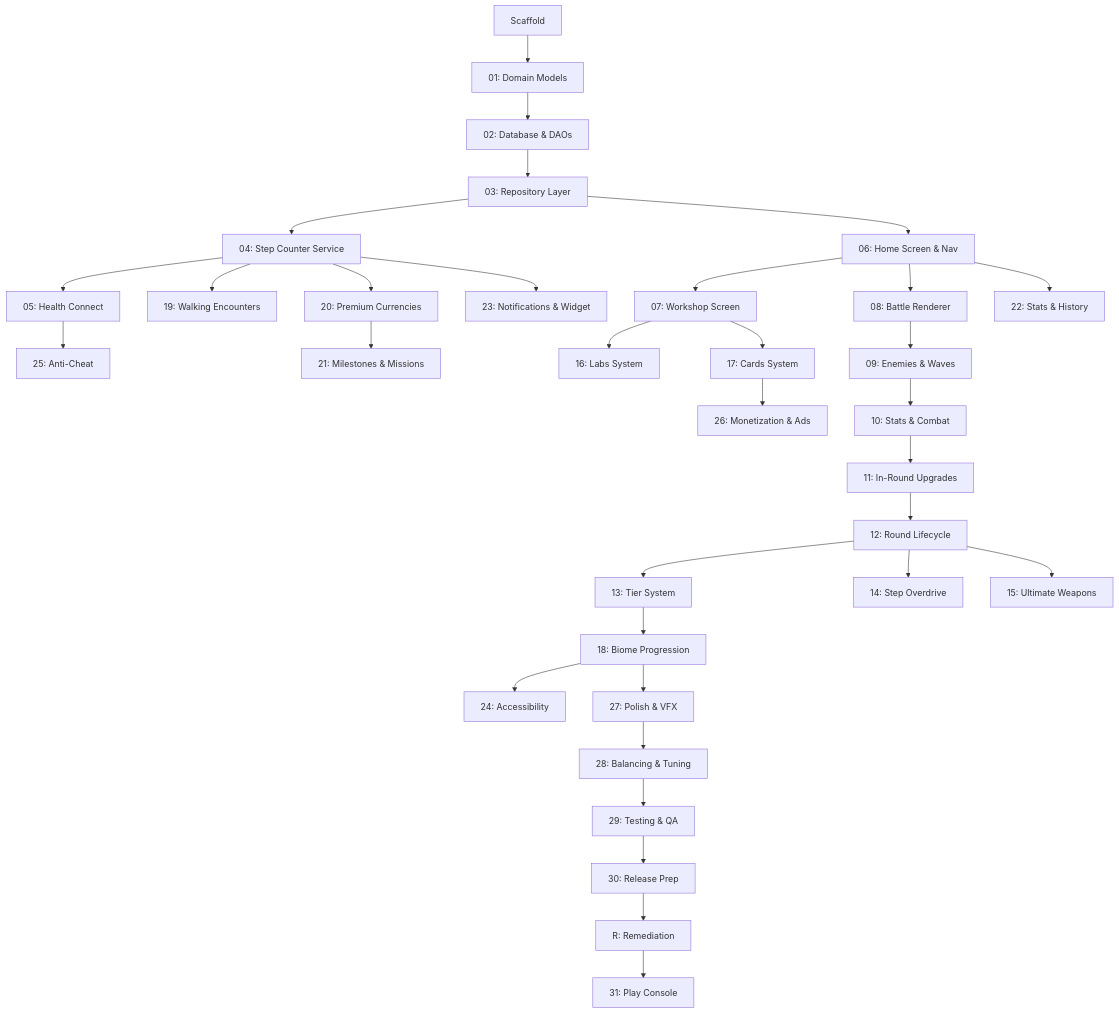
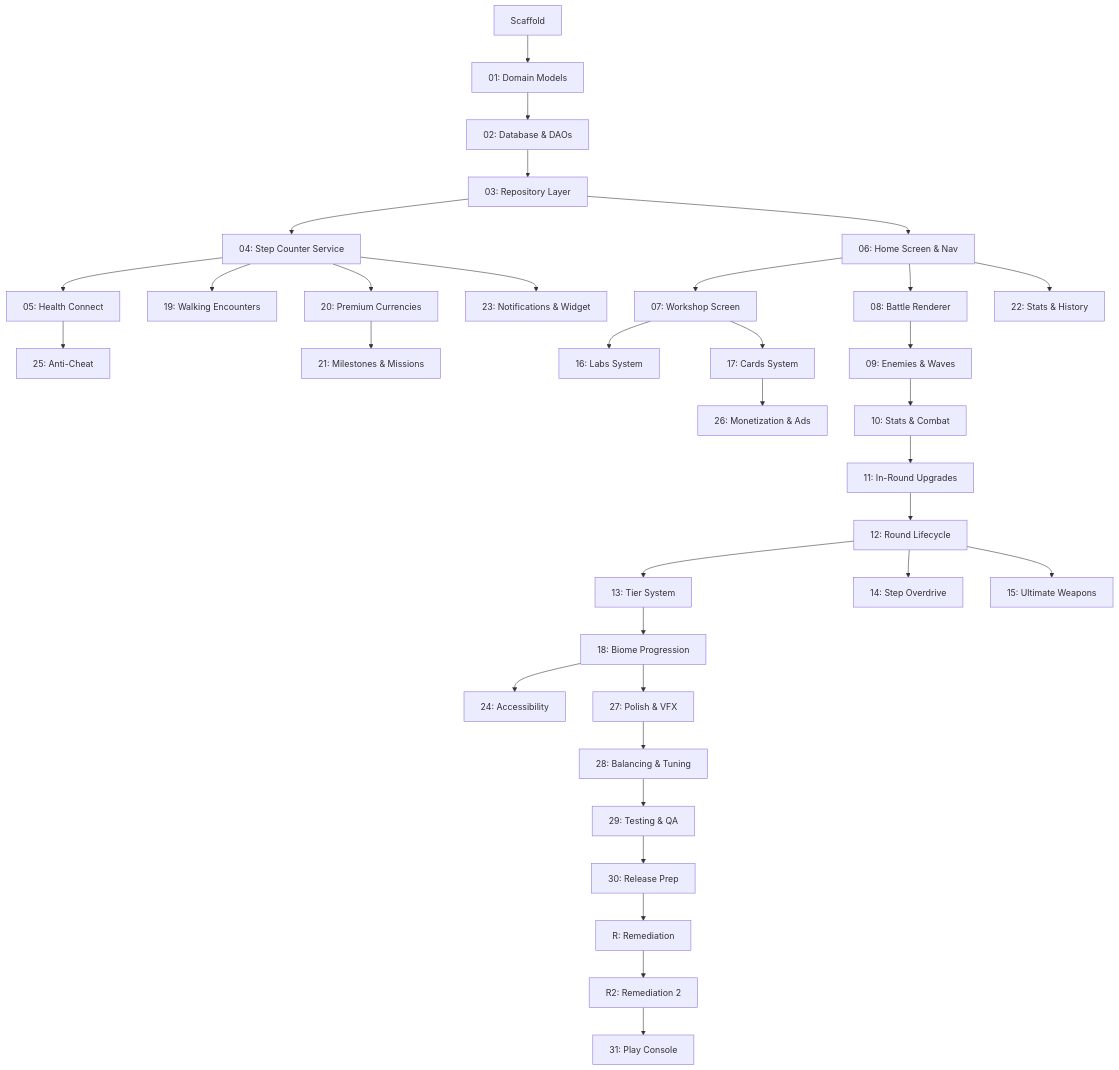
Before and after one commit to JonWhiteFang/steps-of-bablylon: the diagram in AGENTS.md, drawn with Mermaid. The commit also changed other lines of this file and 6 other files, not shown here.

````diff
--- a/AGENTS.md
+++ b/AGENTS.md
@@ -137,35 +138,36 @@
 ```mermaid
 graph TD
     S[Scaffold] --> P01[01: Domain Models]
     P01 --> P02[02: Database & DAOs]
     P02 --> P03[03: Repository Layer]
     P03 --> P04[04: Step Counter Service]
     P03 --> P06[06: Home Screen & Nav]
     P04 --> P05[05: Health Connect]
     P04 --> P19[19: Walking Encounters]
     P04 --> P20[20: Premium Currencies]
     P04 --> P23[23: Notifications & Widget]
     P05 --> P25[25: Anti-Cheat]
     P06 --> P07[07: Workshop Screen]
     P06 --> P08[08: Battle Renderer]
     P06 --> P22[22: Stats & History]
     P07 --> P16[16: Labs System]
     P07 --> P17[17: Cards System]
     P08 --> P09[09: Enemies & Waves]
     P09 --> P10[10: Stats & Combat]
     P10 --> P11[11: In-Round Upgrades]
     P11 --> P12[12: Round Lifecycle]
     P12 --> P13[13: Tier System]
     P12 --> P14[14: Step Overdrive]
     P12 --> P15[15: Ultimate Weapons]
     P13 --> P18[18: Biome Progression]
     P17 --> P26[26: Monetization & Ads]
     P18 --> P24[24: Accessibility]
     P18 --> P27[27: Polish & VFX]
     P20 --> P21[21: Milestones & Missions]
     P27 --> P28[28: Balancing & Tuning]
     P28 --> P29[29: Testing & QA]
     P29 --> P30[30: Release Prep]
     P30 --> PR[R: Remediation]
-    PR --> P31[31: Play Console]
+    PR --> PR2[R2: Remediation 2]
+    PR2 --> P31[31: Play Console]
 ```
````
